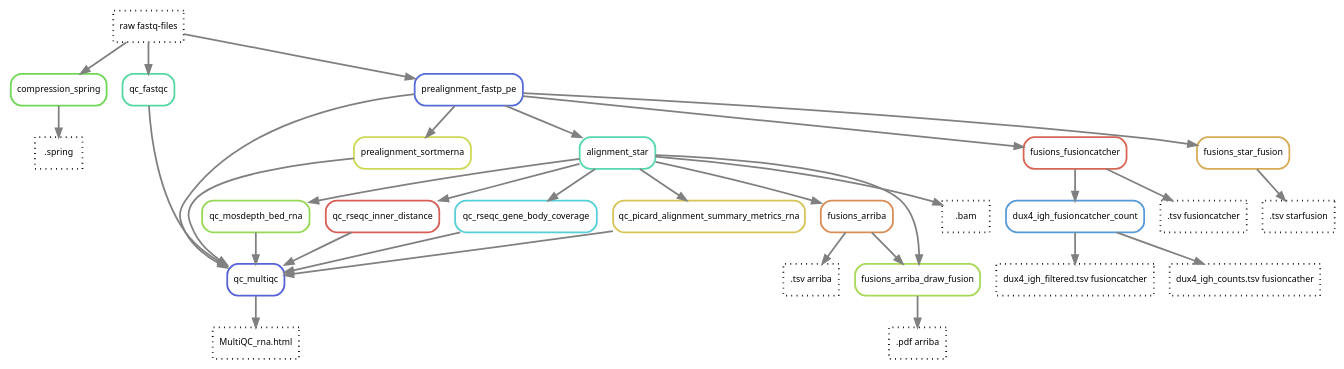
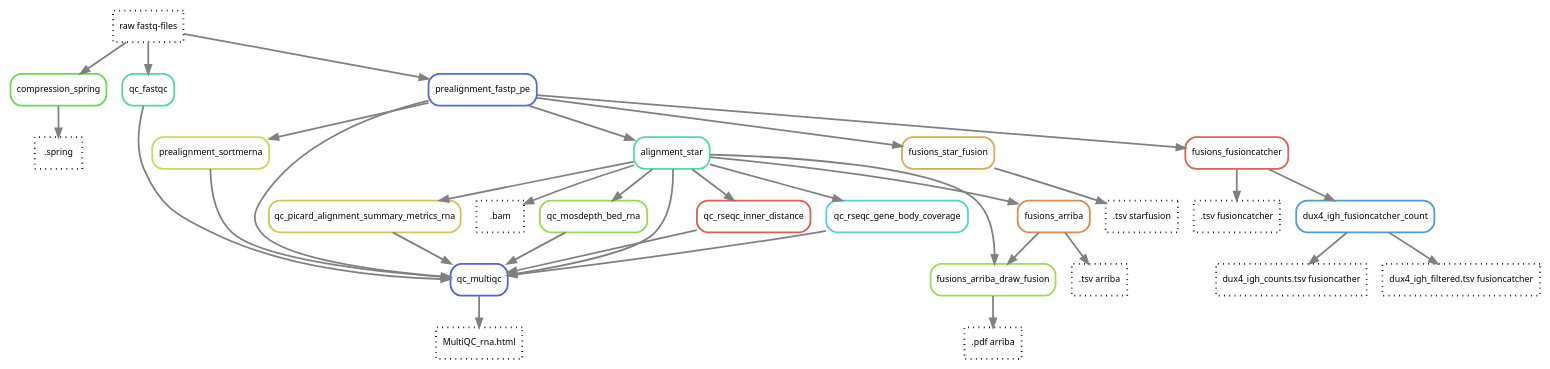
Before and after one commit to clinical-genomics-uppsala/wgs_leukemia_konigskobra: the diagram in docs/includes/images/rna.dot, drawn with Graphviz. The commit also changed 5 other files, not shown here.

```diff
--- a/docs/includes/images/rna.dot
+++ b/docs/includes/images/rna.dot
@@ -1,61 +1,62 @@
 digraph snakemake_dag {
     graph[bgcolor=white, margin=0];
     node[shape=box, style=rounded, fontname=sans,                 fontsize=10, penwidth=2];
     edge[penwidth=2, color=grey];
 	0[label = "raw fastq-files", color = "0.0 0.0 0.0", style="dotted"];
 	1[label = ".spring", color = "0.0 0.0 0.0", style="dotted"];
 	2[label = "compression_spring", color = "0.30 0.6 0.85", style="rounded"];
 	3[label = "MultiQC_rna.html", color = "0.0 0.0 0.0", style="dotted"];
-	4[label = "qc_multiqc", color = "0.65 0.6 0.85", style="rounded"];
+	multiqc[label = "qc_multiqc", color = "0.65 0.6 0.85", style="rounded"];
 	5[label = "qc_mosdepth_bed_rna", color = "0.25 0.6 0.85", style="rounded"];
 	6[label = "alignment_star", color = "0.45 0.6 0.85", style="rounded"];
 	8[label = "prealignment_fastp_pe", color = "0.64 0.6 0.85", style="rounded"];
 	10[label = "qc_rseqc_inner_distance", color = "0.01 0.6 0.85", style="rounded"];
 	12[label = "qc_rseqc_gene_body_coverage", color = "0.51 0.6 0.85", style="rounded"];
 	13[label = "qc_fastqc", color = "0.43 0.6 0.85", style="rounded"];
 	14[label = "prealignment_sortmerna", color = "0.18 0.6 0.85", style="rounded"];
 	15[label = "qc_picard_alignment_summary_metrics_rna", color = "0.14 0.6 0.85", style="rounded"];
 	16[label = ".tsv arriba", color = "0.0 0.0 0.0", style="dotted"];
 	17[label = "fusions_arriba", color = "0.07 0.6 0.85", style="rounded"];
 	18[label = ".bam", color = "0.0 0.0 0.0", style="dotted"];
 	19[label = ".pdf arriba", color = "0.0 0.0 0.0", style="dotted"];
 	20[label = "fusions_arriba_draw_fusion", color = "0.23 0.6 0.85", style="rounded"];
 	21[label = "dux4_igh_filtered.tsv fusioncatcher", color = "0.0 0.0 0.0", style="dotted"];
 	22[label = "dux4_igh_fusioncatcher_count", color = "0.58 0.6 0.85", style="rounded"];
 	23[label = "fusions_fusioncatcher", color = "0.02 0.6 0.85", style="rounded"];
 	24[label = "dux4_igh_counts.tsv fusioncather", color = "0.0 0.0 0.0", style="dotted"];
 	26[label = ".tsv starfusion", color = "0.0 0.0 0.0", style="dotted"];
 	27[label = "fusions_star_fusion", color = "0.11 0.6 0.85", style="rounded"];
 	28[label = ".tsv fusioncatcher", color = "0.0 0.0 0.0", style="dotted"];
 	0 -> 8
 	0 -> 2
 	0 -> 13
 	2 -> 1
-	4 -> 3
-	13 -> 4
-	10 -> 4
-	8 -> 4
-	14 -> 4
-	5 -> 4
-	15 -> 4
-	12 -> 4
+	multiqc -> 3
+	13 -> multiqc
+	10 -> multiqc
+	8 -> multiqc
+	14 -> multiqc
+	5 -> multiqc
+	15 -> multiqc
+	12 -> multiqc
 	6 -> 5
+	6 -> multiqc
 	8 -> 6
 	6 -> 10
 	6 -> 12
 	8 -> 14
 	6 -> 15
 	17 -> 16
 	6 -> 17
 	6 -> 18
 	20 -> 19
 	6 -> 20
 	17 -> 20
 	22 -> 21
 	23 -> 22
 	8 -> 23
 	22 -> 24
 	27 -> 26
 	8 -> 27
 	23 -> 28
 }            
```
